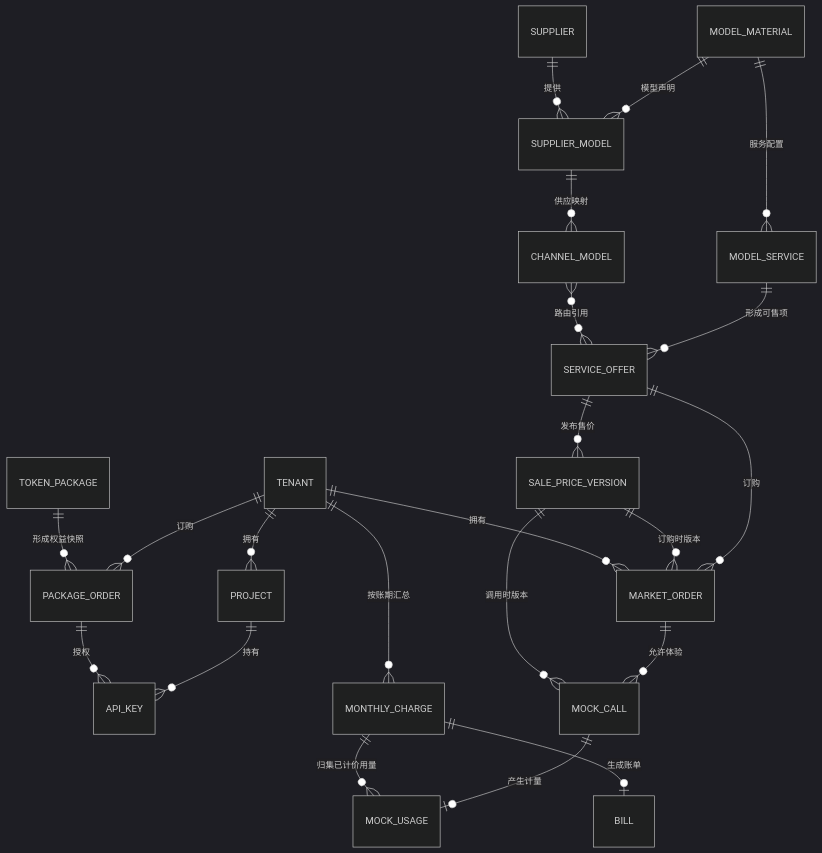
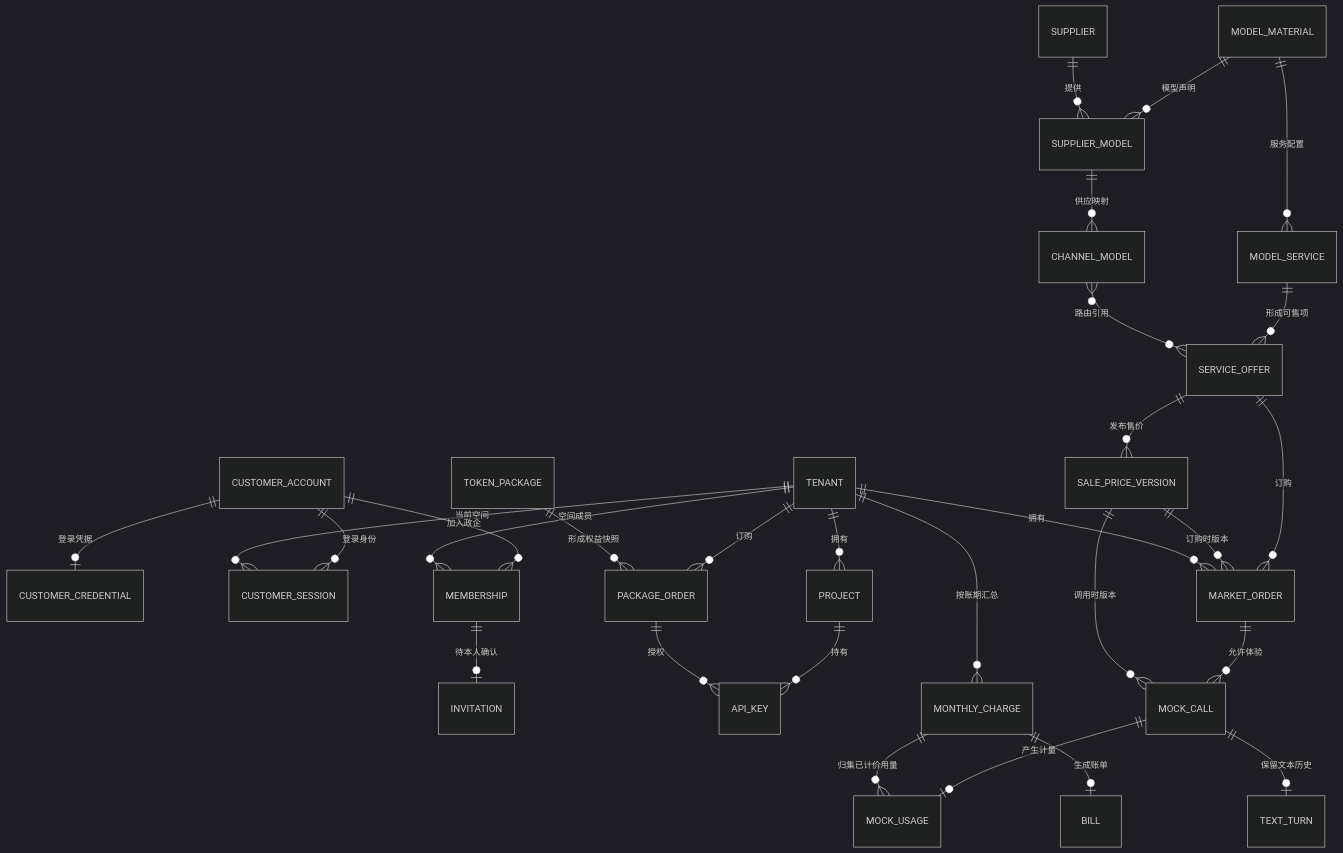
One commit to walnut1024/moma-prototype changed the diagram in versions/moma_5.12.0_estack/database/README.md. Above: the diagram before and after it, drawn with Mermaid (dark theme). The commit also changed other lines of this file and 37 other files, not shown here.

````diff
--- a/versions/moma_5.12.0_estack/database/README.md
+++ b/versions/moma_5.12.0_estack/database/README.md
@@ -52,24 +52,31 @@
 ```mermaid
 erDiagram
+    CUSTOMER_ACCOUNT ||--o| CUSTOMER_CREDENTIAL : 登录凭据
+    CUSTOMER_ACCOUNT ||--o{ CUSTOMER_SESSION : 登录身份
+    TENANT ||--o{ CUSTOMER_SESSION : 当前空间
+    CUSTOMER_ACCOUNT ||--o{ MEMBERSHIP : 加入政企
+    TENANT ||--o{ MEMBERSHIP : 空间成员
+    MEMBERSHIP ||--o| INVITATION : 待本人确认
     MODEL_MATERIAL ||--o{ SUPPLIER_MODEL : 模型声明
     SUPPLIER ||--o{ SUPPLIER_MODEL : 提供
     SUPPLIER_MODEL ||--o{ CHANNEL_MODEL : 供应映射
     MODEL_MATERIAL ||--o{ MODEL_SERVICE : 服务配置
     MODEL_SERVICE ||--o{ SERVICE_OFFER : 形成可售项
     CHANNEL_MODEL }o--o{ SERVICE_OFFER : 路由引用
     SERVICE_OFFER ||--o{ SALE_PRICE_VERSION : 发布售价
     SERVICE_OFFER ||--o{ MARKET_ORDER : 订购
     SALE_PRICE_VERSION ||--o{ MARKET_ORDER : 订购时版本
     TENANT ||--o{ MARKET_ORDER : 拥有
     TENANT ||--o{ PROJECT : 拥有
     PROJECT ||--o{ API_KEY : 持有
     TENANT ||--o{ PACKAGE_ORDER : 订购
     TOKEN_PACKAGE ||--o{ PACKAGE_ORDER : 形成权益快照
     PACKAGE_ORDER ||--o{ API_KEY : 授权
     MARKET_ORDER ||--o{ MOCK_CALL : 允许体验
     SALE_PRICE_VERSION ||--o{ MOCK_CALL : 调用时版本
     MOCK_CALL ||--o| MOCK_USAGE : 产生计量
+    MOCK_CALL ||--o| TEXT_TURN : 保留文本历史
     TENANT ||--o{ MONTHLY_CHARGE : 按账期汇总
     MONTHLY_CHARGE ||--o{ MOCK_USAGE : 归集已计价用量
     MONTHLY_CHARGE ||--o| BILL : 生成账单
 ```
````
